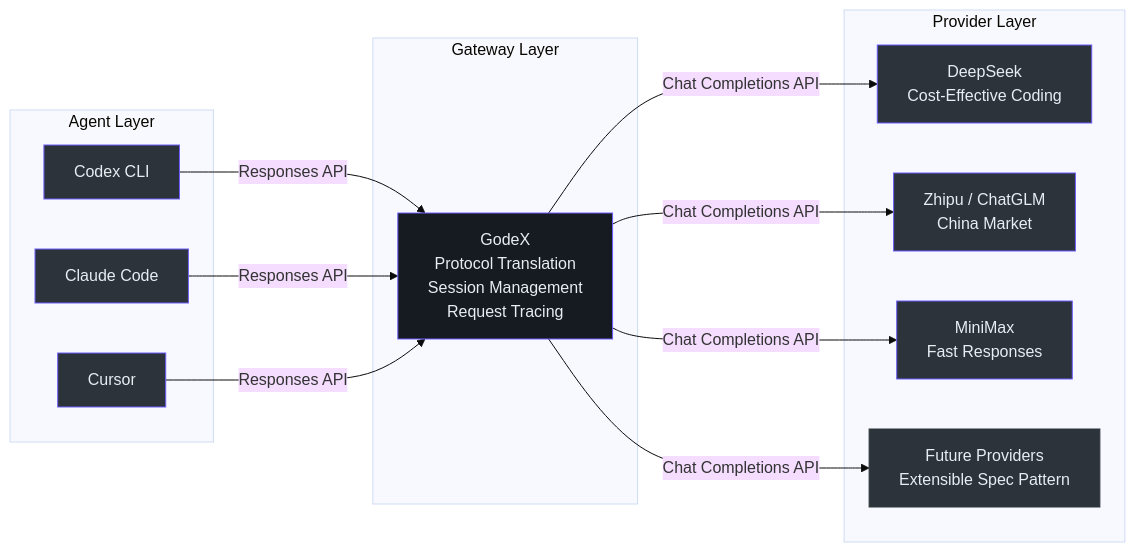
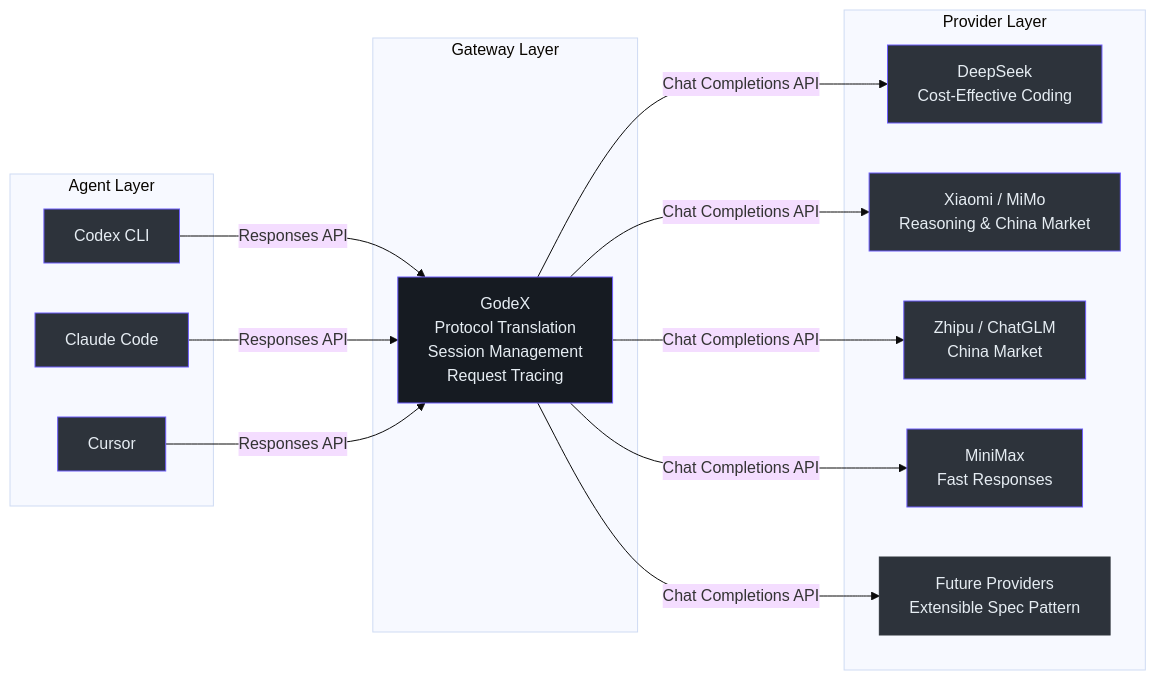
One commit to zamelee/GodeX changed the first of 3 diagrams in wiki/onboarding/executive-guide.md. Above: the diagram before and after it, drawn with Mermaid (base theme). The commit also changed other lines of this file and 32 other files, not shown here.

````diff
--- a/wiki/onboarding/executive-guide.md
+++ b/wiki/onboarding/executive-guide.md
@@ -81,36 +81,39 @@
 ```mermaid
 graph LR
   subgraph agents["Agent Layer"]
     CODEX["Codex CLI"]
     CLAUDE["Claude Code"]
     CURSOR["Cursor"]
   end
 
   subgraph Gateway Layer
     GODEX["GodeX<br>Protocol Translation<br>Session Management<br>Request Tracing"]
   end
 
   subgraph providers["Provider Layer"]
     DEEPSEEK["DeepSeek<br>Cost-Effective Coding"]
+    XIAOMI["Xiaomi / MiMo<br>Reasoning & China Market"]
     ZHIPU["Zhipu / ChatGLM<br>China Market"]
     MINIMAX["MiniMax<br>Fast Responses"]
     FUTURE["Future Providers<br>Extensible Spec Pattern"]
   end
 
   CODEX -->|"Responses API"| GODEX
   CLAUDE -->|"Responses API"| GODEX
   CURSOR -->|"Responses API"| GODEX
   GODEX -->|"Chat Completions API"| DEEPSEEK
+  GODEX -->|"Chat Completions API"| XIAOMI
   GODEX -->|"Chat Completions API"| ZHIPU
   GODEX -->|"Chat Completions API"| MINIMAX
   GODEX -->|"Chat Completions API"| FUTURE
 
   style GODEX fill:#161b22,stroke:#6d5dfc,color:#e6edf3
   style CODEX fill:#2d333b,stroke:#6d5dfc,color:#e6edf3
   style CLAUDE fill:#2d333b,stroke:#6d5dfc,color:#e6edf3
   style CURSOR fill:#2d333b,stroke:#6d5dfc,color:#e6edf3
   style DEEPSEEK fill:#2d333b,stroke:#6d5dfc,color:#e6edf3
+  style XIAOMI fill:#2d333b,stroke:#6d5dfc,color:#e6edf3
   style ZHIPU fill:#2d333b,stroke:#6d5dfc,color:#e6edf3
   style MINIMAX fill:#2d333b,stroke:#6d5dfc,color:#e6edf3
   style FUTURE fill:#2d333b,stroke:#30363d,color:#e6edf3
 ```
````
